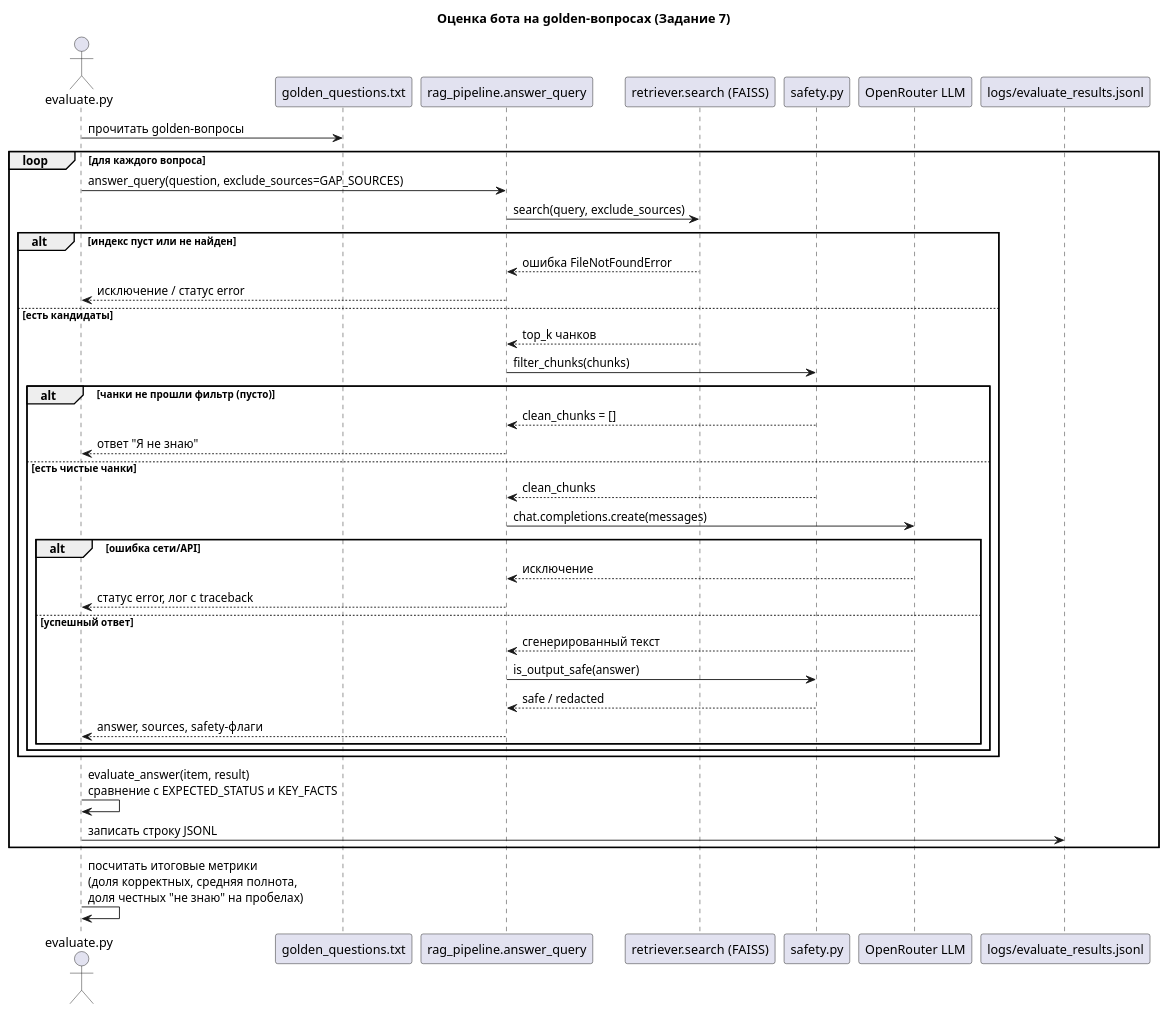
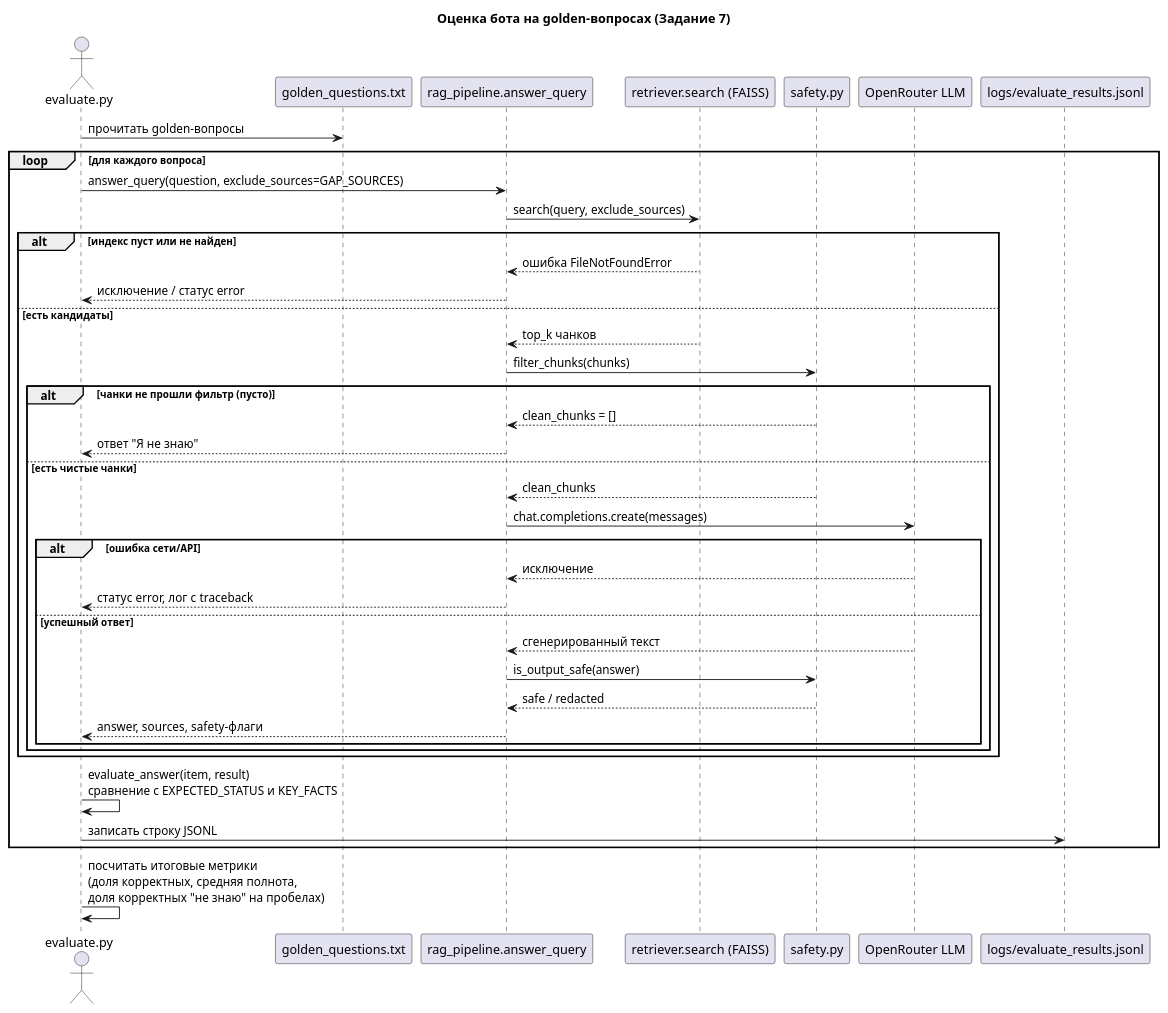
The second of 2 diagrams in Project_template.md (agr333221/architecture-pro-rag), drawn with PlantUML before and after one commit. The commit also changed other lines of this file and 4 other files, not shown here.

````diff
--- a/Project_template.md
+++ b/Project_template.md
@@ -698,46 +703,46 @@
 ```plantuml
 @startuml
 title Оценка бота на golden-вопросах (Задание 7)
 
 actor "evaluate.py" as Eval
 participant "golden_questions.txt" as GQ
 participant "rag_pipeline.answer_query" as RAG
 participant "retriever.search (FAISS)" as Retr
 participant "safety.py" as Safety
 participant "OpenRouter LLM" as LLM
 participant "logs/evaluate_results.jsonl" as Log
 
 Eval -> GQ : прочитать golden-вопросы
 loop для каждого вопроса
     Eval -> RAG : answer_query(question, exclude_sources=GAP_SOURCES)
     RAG -> Retr : search(query, exclude_sources)
     alt индекс пуст или не найден
         Retr --> RAG : ошибка FileNotFoundError
         RAG --> Eval : исключение / статус error
     else есть кандидаты
         Retr --> RAG : top_k чанков
         RAG -> Safety : filter_chunks(chunks)
         alt чанки не прошли фильтр (пусто)
             Safety --> RAG : clean_chunks = []
             RAG --> Eval : ответ "Я не знаю"
         else есть чистые чанки
             Safety --> RAG : clean_chunks
             RAG -> LLM : chat.completions.create(messages)
             alt ошибка сети/API
                 LLM --> RAG : исключение
                 RAG --> Eval : статус error, лог с traceback
             else успешный ответ
                 LLM --> RAG : сгенерированный текст
                 RAG -> Safety : is_output_safe(answer)
                 Safety --> RAG : safe / redacted
                 RAG --> Eval : answer, sources, safety-флаги
             end
         end
     end
     Eval -> Eval : evaluate_answer(item, result)\nсравнение с EXPECTED_STATUS и KEY_FACTS
     Eval -> Log : записать строку JSONL
 end
-Eval -> Eval : посчитать итоговые метрики\n(доля корректных, средняя полнота,\nдоля честных "не знаю" на пробелах)
+Eval -> Eval : посчитать итоговые метрики\n(доля корректных, средняя полнота,\nдоля корректных "не знаю" на пробелах)
 
 @enduml
 ```
````
